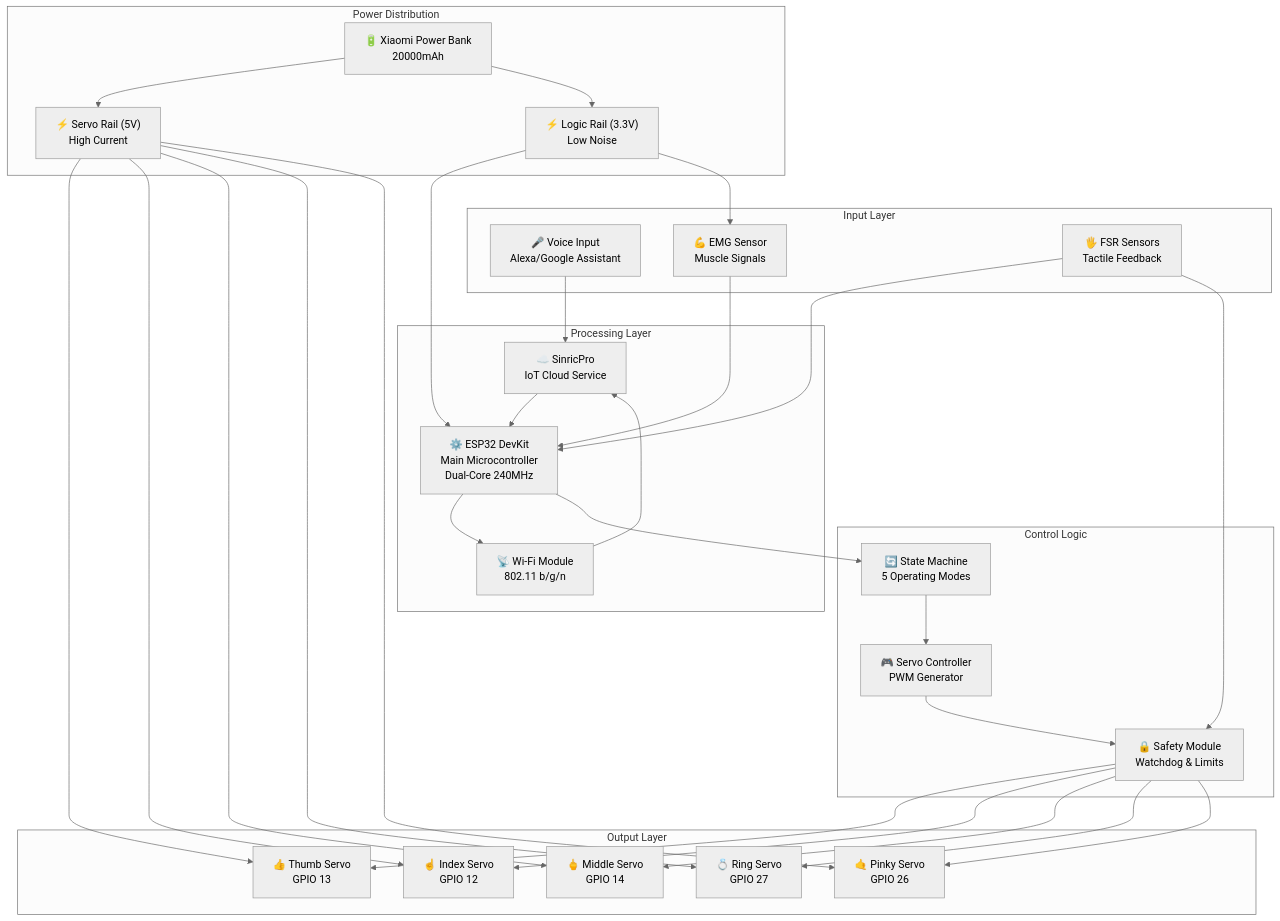
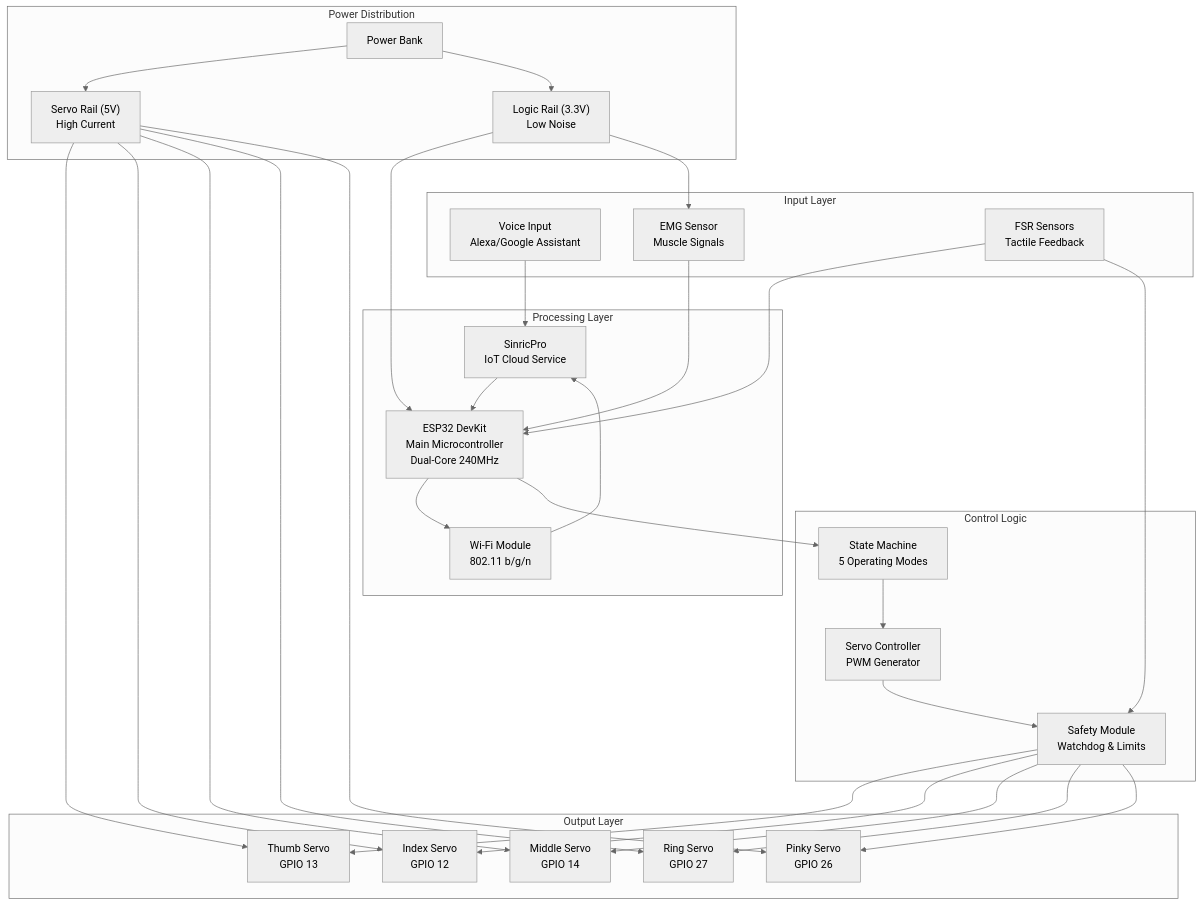
One commit to harshitt13/Krtrimahastah changed the first of 4 diagrams in README.md. Above: the diagram before and after it, drawn with Mermaid (neutral theme). The commit also changed other lines of this file, not shown here.

Commit message:
refine README for clarity; update voice command descriptions and power bank details

````diff
--- a/README.md
+++ b/README.md
@@ -137,59 +137,59 @@
 ```mermaid
 graph TB
     subgraph "Input Layer"
-        VOICE["🎤 Voice Input<br/>Alexa/Google Assistant"]
-        EMG["💪 EMG Sensor<br/>Muscle Signals"]
-        FSR["🖐️ FSR Sensors<br/>Tactile Feedback"]
+        VOICE["Voice Input<br/>Alexa/Google Assistant"]
+        EMG["EMG Sensor<br/>Muscle Signals"]
+        FSR["FSR Sensors<br/>Tactile Feedback"]
     end
 
     subgraph "Processing Layer"
-        ESP32["⚙️ ESP32 DevKit<br/>Main Microcontroller<br/>Dual-Core 240MHz"]
-        WIFI["📡 Wi-Fi Module<br/>802.11 b/g/n"]
-        SINRIC["☁️ SinricPro<br/>IoT Cloud Service"]
+        ESP32["ESP32 DevKit<br/>Main Microcontroller<br/>Dual-Core 240MHz"]
+        WIFI["Wi-Fi Module<br/>802.11 b/g/n"]
+        SINRIC["SinricPro<br/>IoT Cloud Service"]
     end
 
     subgraph "Control Logic"
-        FSM["🔄 State Machine<br/>5 Operating Modes"]
-        SERVO_CTRL["🎮 Servo Controller<br/>PWM Generator"]
-        SAFETY["🔒 Safety Module<br/>Watchdog & Limits"]
+        FSM["State Machine<br/>5 Operating Modes"]
+        SERVO_CTRL["Servo Controller<br/>PWM Generator"]
+        SAFETY["Safety Module<br/>Watchdog & Limits"]
     end
 
     subgraph "Output Layer"
-        THUMB["👍 Thumb Servo<br/>GPIO 13"]
-        INDEX["☝️ Index Servo<br/>GPIO 12"]
-        MIDDLE["🖕 Middle Servo<br/>GPIO 14"]
-        RING["💍 Ring Servo<br/>GPIO 27"]
-        PINKY["🤙 Pinky Servo<br/>GPIO 26"]
+        THUMB["Thumb Servo<br/>GPIO 13"]
+        INDEX["Index Servo<br/>GPIO 12"]
+        MIDDLE["Middle Servo<br/>GPIO 14"]
+        RING["Ring Servo<br/>GPIO 27"]
+        PINKY["Pinky Servo<br/>GPIO 26"]
     end
 
     subgraph "Power Distribution"
-        BATTERY["🔋 Xiaomi Power Bank<br/>20000mAh"]
-        SERVO_RAIL["⚡ Servo Rail (5V)<br/>High Current"]
-        LOGIC_RAIL["⚡ Logic Rail (3.3V)<br/>Low Noise"]
+        BATTERY["Power Bank"]
+        SERVO_RAIL["Servo Rail (5V)<br/>High Current"]
+        LOGIC_RAIL["Logic Rail (3.3V)<br/>Low Noise"]
     end
 
     VOICE --> SINRIC
     EMG --> ESP32
     FSR --> ESP32
     ESP32 --> WIFI
     WIFI --> SINRIC
     SINRIC --> ESP32
     ESP32 --> FSM
     FSM --> SERVO_CTRL
     FSR --> SAFETY
     SERVO_CTRL --> SAFETY
     SAFETY --> THUMB
     SAFETY --> INDEX
     SAFETY --> MIDDLE
     SAFETY --> RING
     SAFETY --> PINKY
     BATTERY --> SERVO_RAIL
     BATTERY --> LOGIC_RAIL
     SERVO_RAIL --> THUMB
     SERVO_RAIL --> INDEX
     SERVO_RAIL --> MIDDLE
     SERVO_RAIL --> RING
     SERVO_RAIL --> PINKY
     LOGIC_RAIL --> ESP32
     LOGIC_RAIL --> EMG
 ```
````
